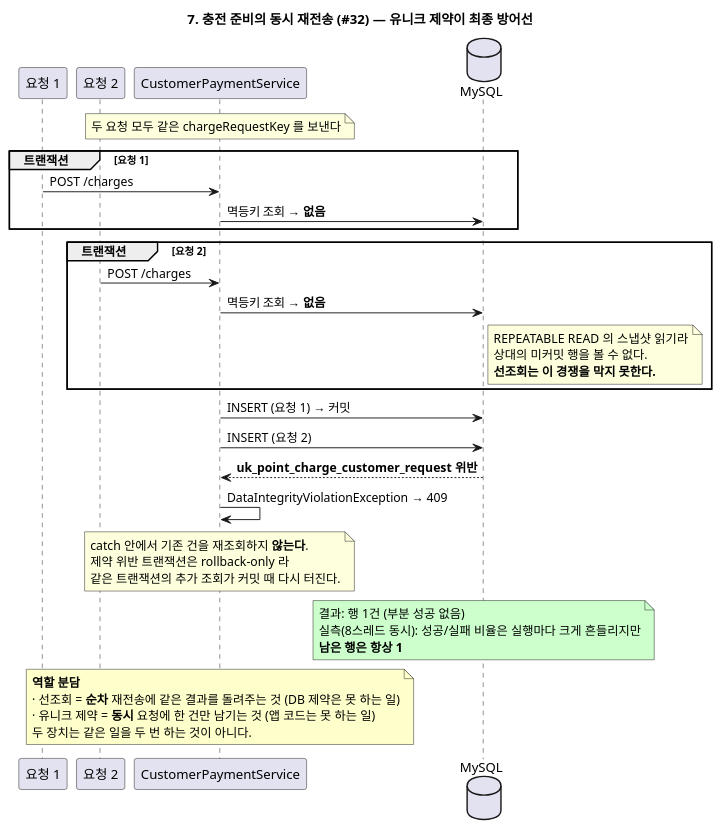
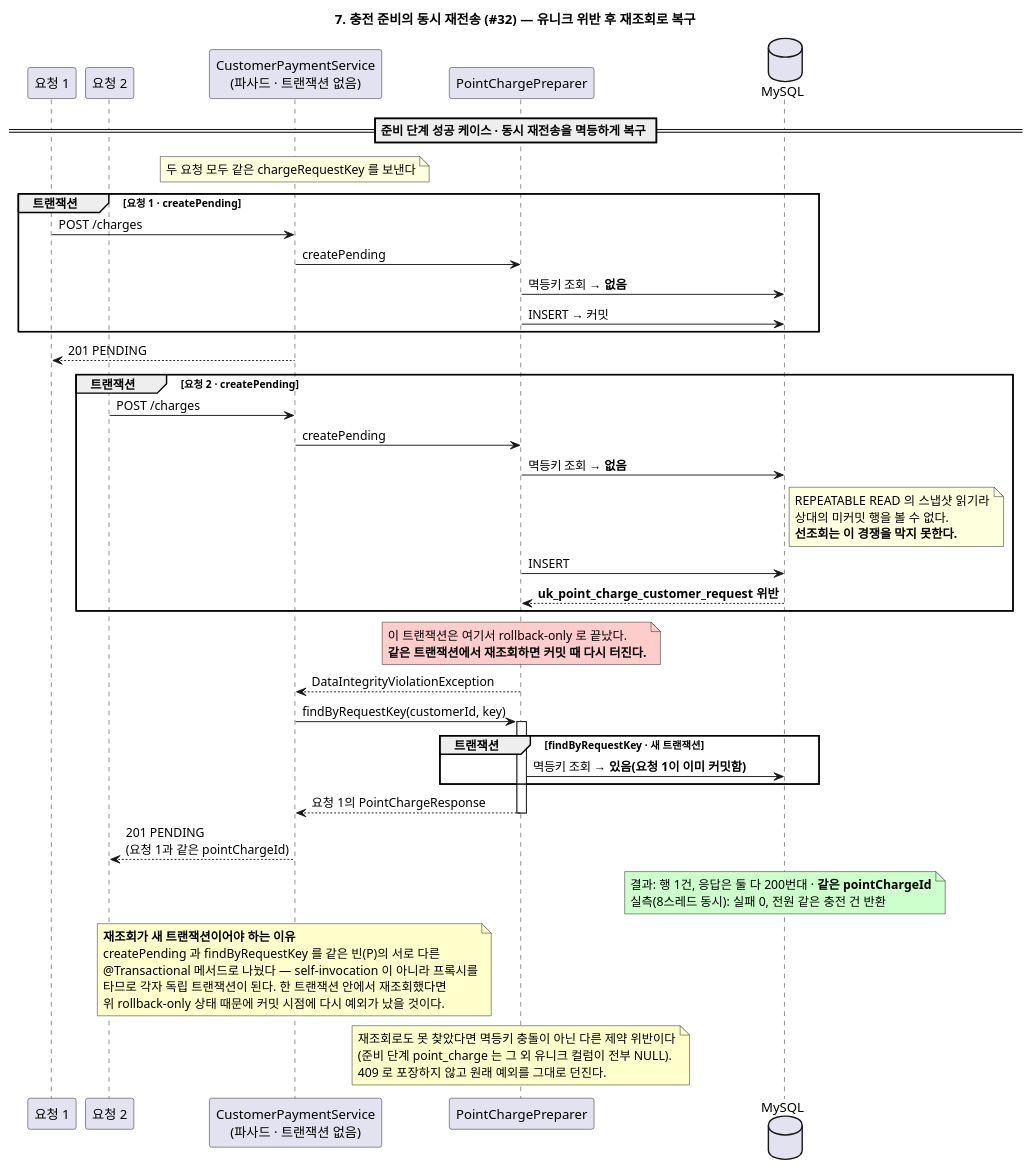
One commit to softeerbootcamp-8th/WEB-Team7-Turkey changed the seventh of 7 diagrams in docs/결제승인_관련_다이어그램/06-point-charge-sequence.puml. Above: the diagram before and after it, drawn with PlantUML. The commit also changed other lines of this file and 7 other files, not shown here.

First line of the commit message:
docs: 결제 승인 시퀀스 다이어그램 갱신

```diff
--- a/docs/결제승인_관련_다이어그램/06-point-charge-sequence.puml
+++ b/docs/결제승인_관련_다이어그램/06-point-charge-sequence.puml
@@ -362,48 +378,66 @@
 @startuml 07-동시-준비요청
-title 7. 충전 준비의 동시 재전송 (#32) — 유니크 제약이 최종 방어선
+title 7. 충전 준비의 동시 재전송 (#32) — 유니크 위반 후 재조회로 복구
 
 participant "요청 1" as T1
 participant "요청 2" as T2
-participant "CustomerPaymentService" as S
+participant "CustomerPaymentService\n(파사드 · 트랜잭션 없음)" as S
+participant "PointChargePreparer" as P
 database "MySQL" as DB
 
+== 준비 단계 성공 케이스 · 동시 재전송을 멱등하게 복구 ==
 note over S: 두 요청 모두 같은 chargeRequestKey 를 보낸다
 
-group 트랜잭션 [요청 1]
+group 트랜잭션 [요청 1 · createPending]
   T1 -> S: POST /charges
-  S -> DB: 멱등키 조회 → <b>없음</b>
+  S -> P: createPending
+  P -> DB: 멱등키 조회 → <b>없음</b>
+  P -> DB: INSERT → 커밋
 end
-group 트랜잭션 [요청 2]
+S --> T1: 201 PENDING
+
+group 트랜잭션 [요청 2 · createPending]
   T2 -> S: POST /charges
-  S -> DB: 멱등키 조회 → <b>없음</b>
+  S -> P: createPending
+  P -> DB: 멱등키 조회 → <b>없음</b>
   note right of DB
     REPEATABLE READ 의 스냅샷 읽기라
     상대의 미커밋 행을 볼 수 없다.
     <b>선조회는 이 경쟁을 막지 못한다.</b>
   end note
+  P -> DB: INSERT
+  DB --> P: <b>uk_point_charge_customer_request 위반</b>
 end
+note over P #FFCCCC
+  이 트랜잭션은 여기서 rollback-only 로 끝났다.
+  <b>같은 트랜잭션에서 재조회하면 커밋 때 다시 터진다.</b>
+end note
+P --> S: DataIntegrityViolationException
 
-S -> DB: INSERT (요청 1) → 커밋
-S -> DB: INSERT (요청 2)
-DB --> S: <b>uk_point_charge_customer_request 위반</b>
-S -> S: DataIntegrityViolationException → 409
-
-note over S
-  catch 안에서 기존 건을 재조회하지 <b>않는다</b>.
-  제약 위반 트랜잭션은 rollback-only 라
-  같은 트랜잭션의 추가 조회가 커밋 때 다시 터진다.
-end note
+S -> P: findByRequestKey(customerId, key)
+activate P
+group 트랜잭션 [findByRequestKey · 새 트랜잭션]
+  P -> DB: 멱등키 조회 → <b>있음(요청 1이 이미 커밋함)</b>
+end
+P --> S: 요청 1의 PointChargeResponse
+deactivate P
+S --> T2: 201 PENDING\n(요청 1과 같은 pointChargeId)
 
 note over DB #CCFFCC
-  결과: 행 1건 (부분 성공 없음)
-  실측(8스레드 동시): 성공/실패 비율은 실행마다 크게 흔들리지만
-  <b>남은 행은 항상 1</b>
+  결과: 행 1건, 응답은 둘 다 200번대 · <b>같은 pointChargeId</b>
+  실측(8스레드 동시): 실패 0, 전원 같은 충전 건 반환
 end note
 
 note over S #FFFFCC
-  <b>역할 분담</b>
-  · 선조회 = <b>순차</b> 재전송에 같은 결과를 돌려주는 것 (DB 제약은 못 하는 일)
-  · 유니크 제약 = <b>동시</b> 요청에 한 건만 남기는 것 (앱 코드는 못 하는 일)
-  두 장치는 같은 일을 두 번 하는 것이 아니다.
+  <b>재조회가 새 트랜잭션이어야 하는 이유</b>
+  createPending 과 findByRequestKey 를 같은 빈(P)의 서로 다른
+  @Transactional 메서드로 나눴다 — self-invocation 이 아니라 프록시를
+  타므로 각자 독립 트랜잭션이 된다. 한 트랜잭션 안에서 재조회했다면
+  위 rollback-only 상태 때문에 커밋 시점에 다시 예외가 났을 것이다.
+end note
+
+note over P #FFFFCC
+  재조회로도 못 찾았다면 멱등키 충돌이 아닌 다른 제약 위반이다
+  (준비 단계 point_charge 는 그 외 유니크 컬럼이 전부 NULL).
+  409 로 포장하지 않고 원래 예외를 그대로 던진다.
 end note
 @enduml
```
